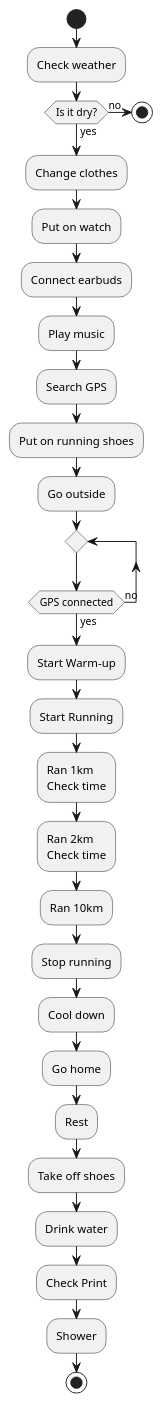
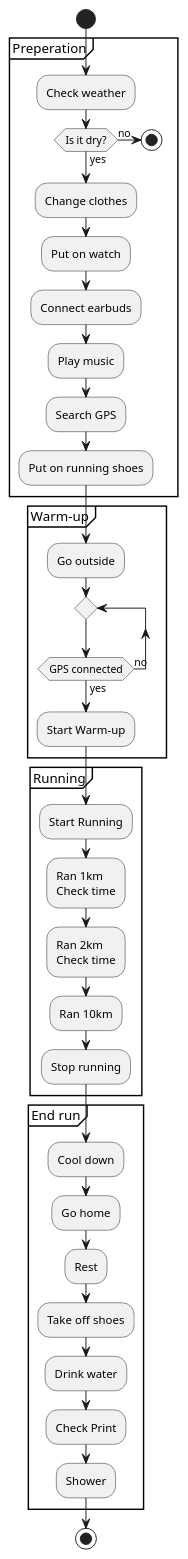
The diagram in src/chapter_1.md (QuintenWeerkamp/Routine), drawn with PlantUML before and after one commit. The commit also changed 10 other files, not shown here.

````diff
--- a/src/chapter_1.md
+++ b/src/chapter_1.md
@@ -2,37 +2,44 @@
 ```plantuml
 @startuml
 start
+Group Preperation
 :Check weather;
 if (Is it dry?) then (no)
 stop
 Else (yes)
 endif
 :Change clothes;
 :Put on watch;
 :Connect earbuds;
 :Play music;
 :Search GPS;
 :Put on running shoes;
+end group
+Group Warm-up
 :Go outside;
 repeat
 repeat while (GPS connected) is (no) not (yes)
 :Start Warm-up;
+End group
+Group Running
 :Start Running;
 :Ran 1km\nCheck time;
 :Ran 2km\nCheck time;
 :Ran 10km;
 :Stop running;
+end group
+Group End run
 :Cool down;
 :Go home;
 :Rest;
 :Take off shoes;
 :Drink water;
 :Check Print;
 :Shower;
-
+end group
 
 
 
 Stop
 @enduml
 ```
````
